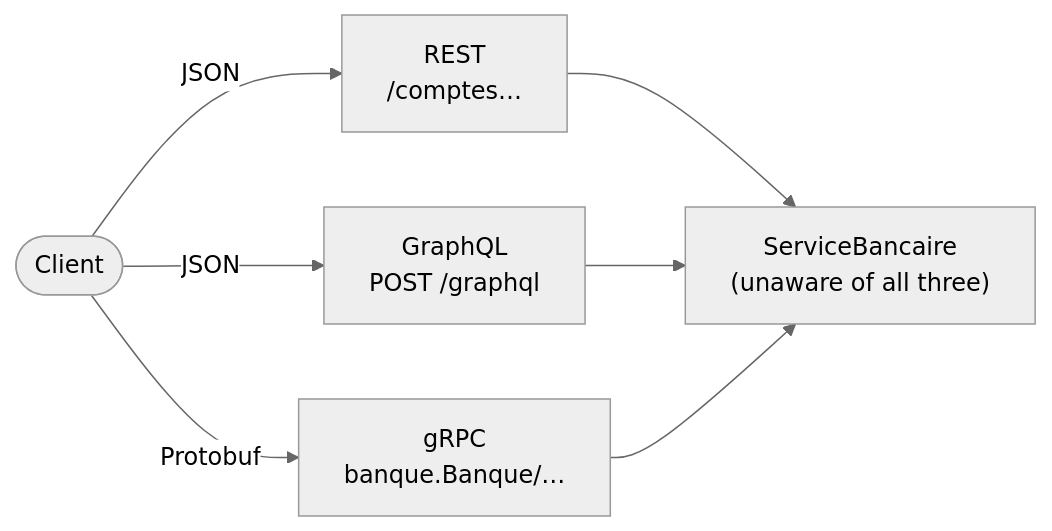
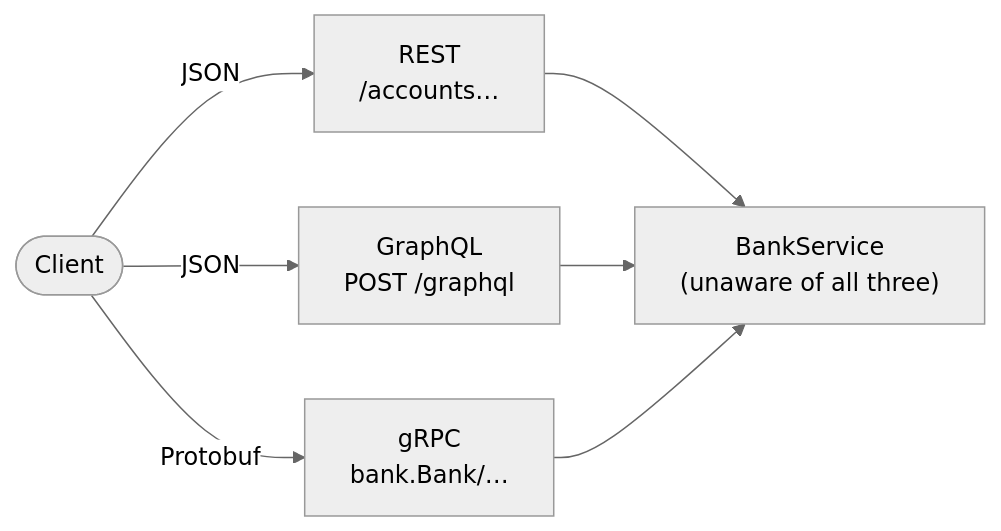
Before and after one commit to drangoht/ArchitecturesDemo: the diagram in Docs/en/fiches/23-rest-grpc-graphql.md, drawn with Mermaid (neutral theme). The commit also changed 78 other files, not shown here.

First line of the commit message:
Docs EN : identifiants, liens, diagrammes et sorties alignés sur le code anglais

````diff
--- a/Docs/en/fiches/23-rest-grpc-graphql.md
+++ b/Docs/en/fiches/23-rest-grpc-graphql.md
@@ -10,7 +10,7 @@
 ```mermaid
 flowchart LR
-    APP(["Client"]) -->|JSON| R["REST<br/>/comptes…"]
+    APP(["Client"]) -->|JSON| R["REST<br/>/accounts…"]
     APP -->|JSON| Q["GraphQL<br/>POST /graphql"]
-    APP -->|Protobuf| G["gRPC<br/>banque.Banque/…"]
-    R & Q & G --> M["ServiceBancaire<br/>(unaware of all three)"]
+    APP -->|Protobuf| G["gRPC<br/>bank.Bank/…"]
+    R & Q & G --> M["BankService<br/>(unaware of all three)"]
 ```
````
